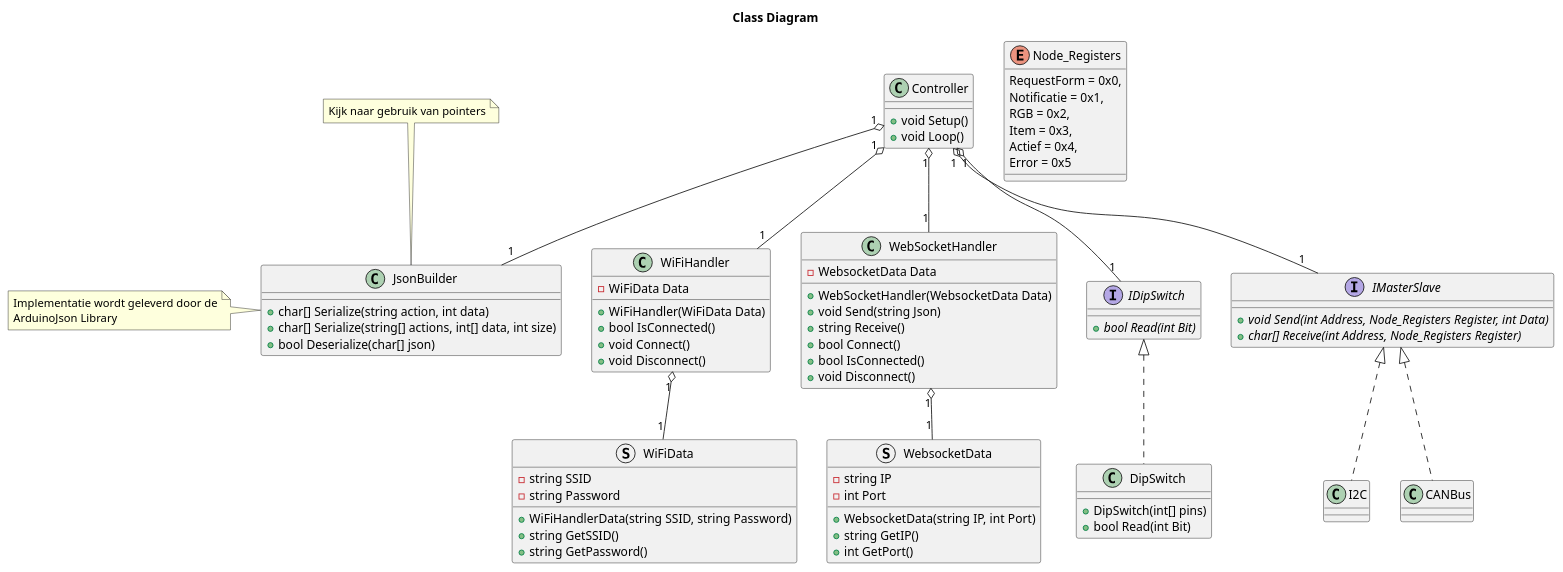
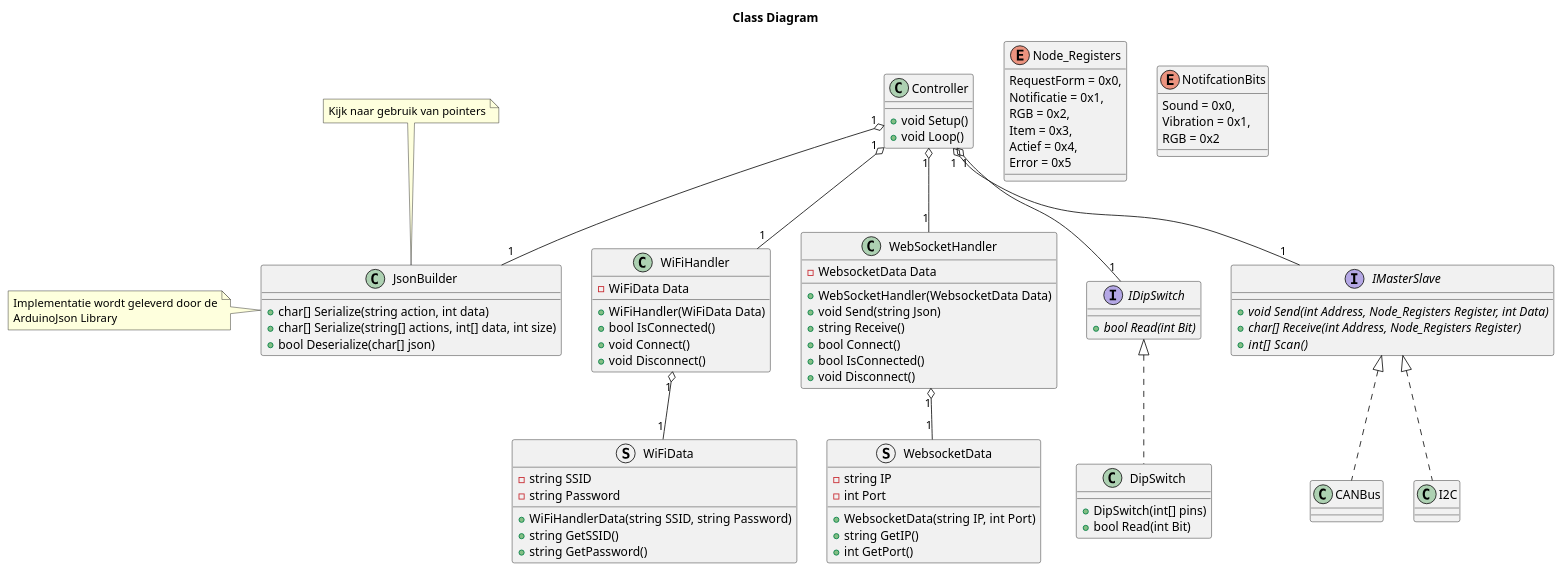
Before and after one commit to T3-FindIt/FindIt: the diagram in Designs/ESP-32/Design.wsd, drawn with PlantUML.

Commit message:
Implemented Notification Bits

```diff
--- a/Designs/ESP-32/Design.wsd
+++ b/Designs/ESP-32/Design.wsd
@@ -1,117 +1,116 @@
 @startuml ClassDiagram
 Title Class Diagram
 
 Class Controller
 {
     {method} + void Setup()
     {method} + void Loop()
 }
 
 Class WiFiHandler
 {
     {field} - WiFiData Data
     {method} + WiFiHandler(WiFiData Data)
     {method} + bool IsConnected()
     {method} + void Connect()
     {method} + void Disconnect()
 }
 
 Class WebSocketHandler
 {
     {field} - WebsocketData Data
     {method} + WebSocketHandler(WebsocketData Data)
     {method} + void Send(string Json)
     {method} + string Receive()
     {method} + bool Connect()
     {method} + bool IsConnected()
     {method} + void Disconnect()
 }
 
 Struct WebsocketData
 {
     {field} - string IP
     {field} - int Port
 
     {method} + WebsocketData(string IP, int Port)
     {method} + string GetIP()
     {method} + int GetPort()
 }
 
 Struct WiFiData
 {
     {field} - string SSID
     {field} - string Password
 
     {method} + WiFiHandlerData(string SSID, string Password)
     {method} + string GetSSID()
     {method} + string GetPassword()
 }
 
 Interface IDipSwitch
 {
     {abstract} + bool Read(int Bit)
 }
 
 class DipSwitch
 {
     {method} + DipSwitch(int[] pins)
     {method} + bool Read(int Bit)
 }
 
 
 Interface IMasterSlave
 {
     {abstract} + void Send(int Address, Node_Registers Register, int Data)
     {abstract} + char[] Receive(int Address, Node_Registers Register)
+    {abstract} + int[]  Scan()
 }
 
 enum Node_Registers
 {
     RequestForm = 0x0,
     Notificatie = 0x1,
     RGB = 0x2,
     Item = 0x3,
     Actief = 0x4,
     Error = 0x5
 }
 
-class I2C
+enum NotifcationBits 
 {
-    ' {field} - int Address
-    ' {field} - int[] KnownAddresses
-    ' {method} + I2C_Controller(int Address)
-    ' {method} + void Scan()
-    ' {method} + void Send(int Address, Node_Registers Register, int Data)
-    ' {method} + char[] Receive(int Address, Node_Registers Register)
+    Sound = 0x0,
+    Vibration = 0x1,
+    RGB = 0x2
 }
+
 
 Class JsonBuilder
 {
     {method} + char[] Serialize(string action, int data)
     {method} + char[] Serialize(string[] actions, int[] data, int size)
     {method} + bool Deserialize(char[] json)
 }
 
 note left of JsonBuilder : Implementatie wordt geleverd door de\nArduinoJson Library
 note top of JsonBuilder : Kijk naar gebruik van pointers
 
 ' EMPTY CLASSES
 Class CANBus
+Class I2C
 ' END OF EMPYY CLASSES 
 
 IMasterSlave <|.. I2C
 IMasterSlave <|.. CANBus
 IDipSwitch <|.. DipSwitch
 
 Controller "1" o-- "1" WiFiHandler
 Controller "1" o-- "1" IMasterSlave
 Controller "1" o-- "1" JsonBuilder
 Controller "1" o-down- "1" IDipSwitch
 Controller "1" o-- "1" WebSocketHandler
 
 WiFiHandler "1" o-- "1" WiFiData
 WebSocketHandler "1" o-- "1" WebsocketData
 
-' See if we should separate WebSocket & WiFi
 
 @enduml
```
